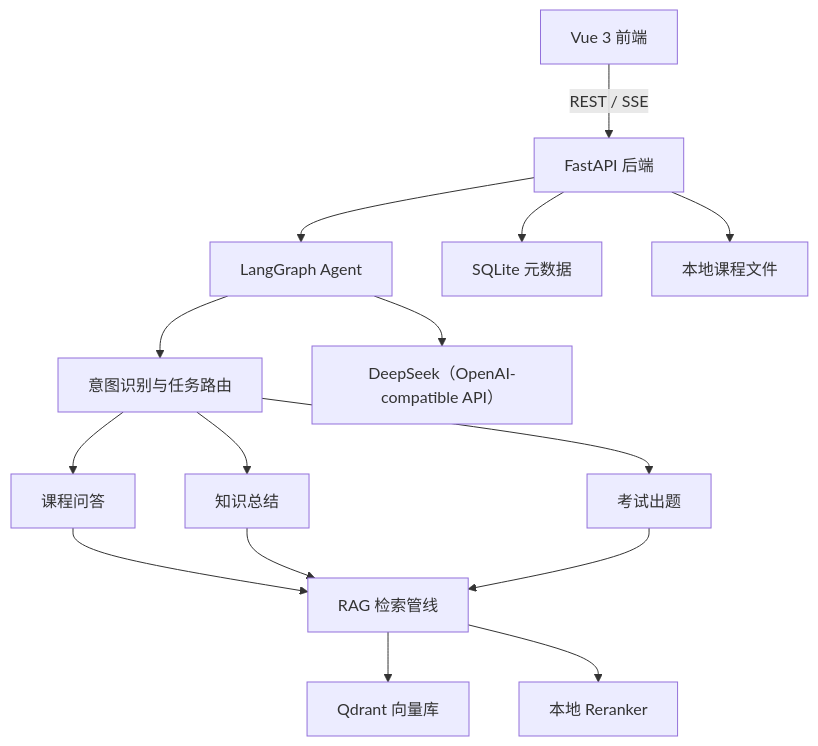
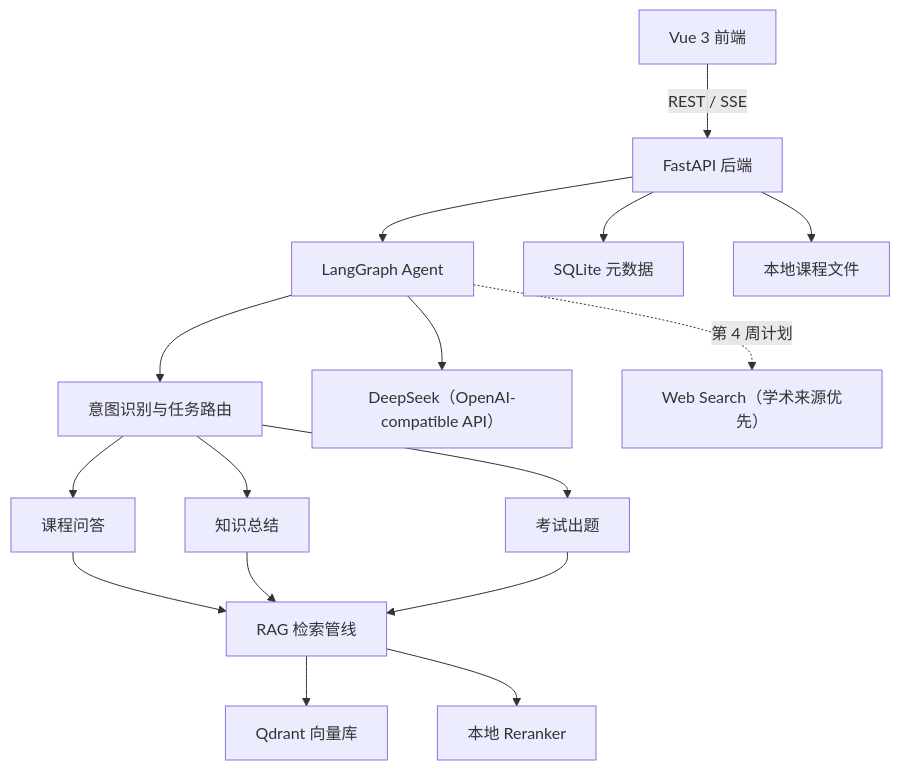
Before and after one commit to SevChu/RAG-Agent: the diagram in README.md, drawn with Mermaid. The commit also changed other lines of this file and 3 other files, not shown here.

````diff
--- a/README.md
+++ b/README.md
@@ -42,21 +43,22 @@
 ```mermaid
 flowchart TD
     UI["Vue 3 前端"] -->|"REST / SSE"| API["FastAPI 后端"]
     API --> AGENT["LangGraph Agent"]
 
     AGENT --> ROUTER["意图识别与任务路由"]
     ROUTER --> QA["课程问答"]
     ROUTER --> SUMMARY["知识总结"]
     ROUTER --> EXAM["考试出题"]
 
     QA --> RETRIEVAL["RAG 检索管线"]
     SUMMARY --> RETRIEVAL
     EXAM --> RETRIEVAL
 
     RETRIEVAL --> QDRANT["Qdrant 向量库"]
     RETRIEVAL --> RERANKER["本地 Reranker"]
     AGENT --> LLM["DeepSeek（OpenAI-compatible API）"]
+    AGENT -.->|"第 4 周计划"| WEB["Web Search（学术来源优先）"]
 
     API --> SQLITE["SQLite 元数据"]
     API --> FILES["本地课程文件"]
 ```
````
